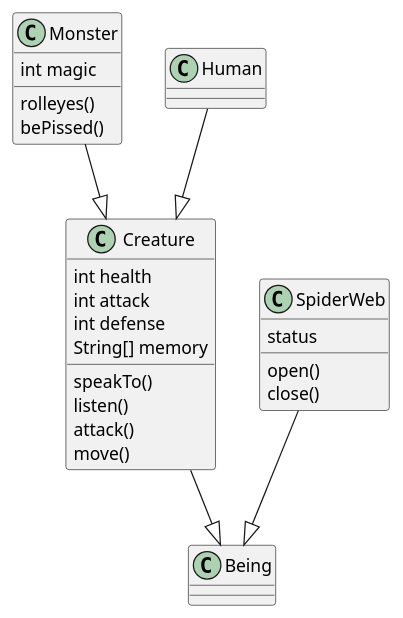
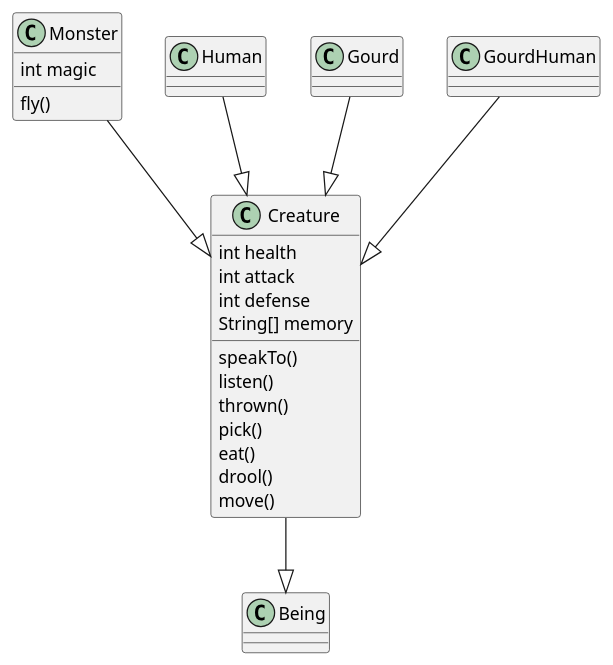
Before and after one commit to XiaojuOvo/J01: the diagram in example/uml/characters.pu, drawn with PlantUML. The commit also changed 3 other files, not shown here.

```diff
--- a/example/uml/characters.pu
+++ b/example/uml/characters.pu
@@ -1,39 +1,41 @@
-@startuml
+@startuml 1
 
 class Being
 
 class Creature {
 
     int health
     int attack
     int defense
     String[] memory
 
     speakTo()
     listen()
-    attack()
+    thrown()
+    pick()
+    eat()
+    drool()
     move()
 }
 
-class SpiderWeb{
-    status
-    open()
-    close()
-}
+
 
 class Monster{
     int magic
-    rolleyes()
-    bePissed()
+    fly()
 }
 
 Creature --|> Being
 
 
 Human --|> Creature
 
 Monster --|> Creature
 
-SpiderWeb --|> Being
+Gourd --|> Creature
+
+GourdHuman --|> Creature
+
+
 
 @enduml
```
